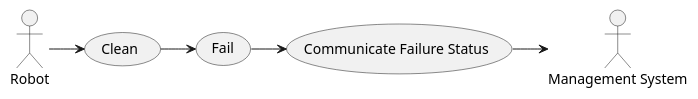
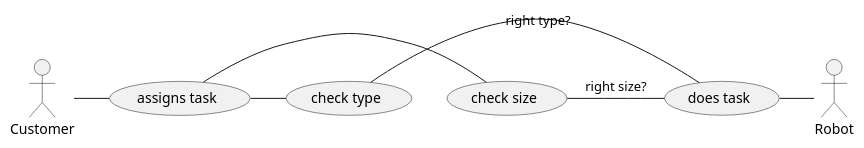
Before and after one commit to ur-cs-courses/course-project-catch-up: the diagram in docs/design/usecases/usecase10.puml, drawn with PlantUML. The commit also changed other lines of this file and 22 other files, not shown here.

```diff
--- a/docs/design/usecases/usecase10.puml
+++ b/docs/design/usecases/usecase10.puml
@@ -1,16 +1,19 @@
 @startuml
 
 actor Robot
-actor "Management System" as ms
 
-usecase Clean
-usecase Fail
-usecase "Communicate Failure Status" as cfs
+usecase "check type" as ct
+usecase "check size" as cs
+usecase "assigns task" as at
+usecase "does task" as dt
 
-Robot -> Clean
-Clean -> Fail
-Fail -> cfs
-cfs -> ms
+actor Customer
 
+Customer - at
+at - cs
+at - ct
+ct - dt : "right type?"
+cs - dt : "right size?"
+dt - Robot
 
 @enduml
```
